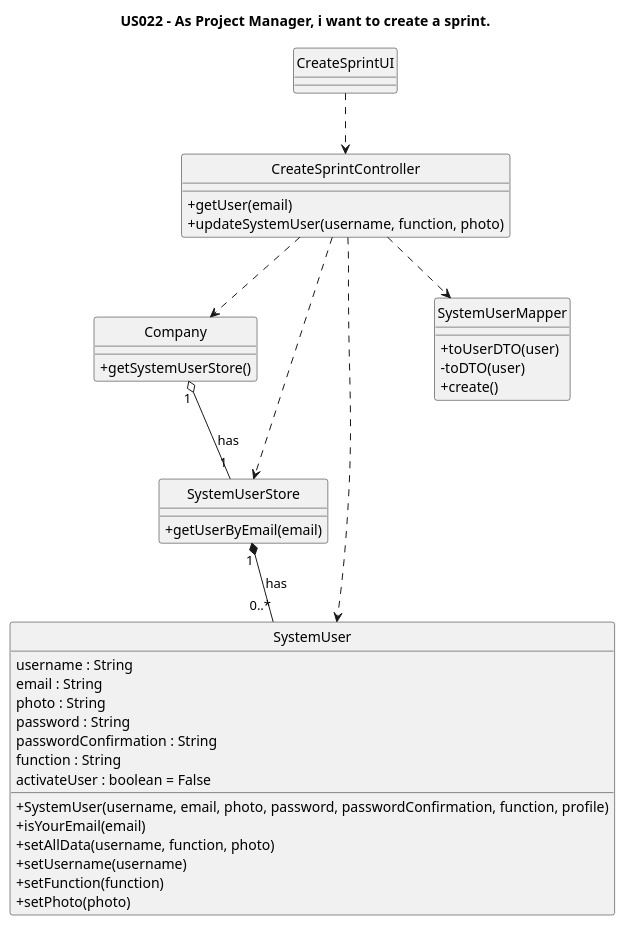
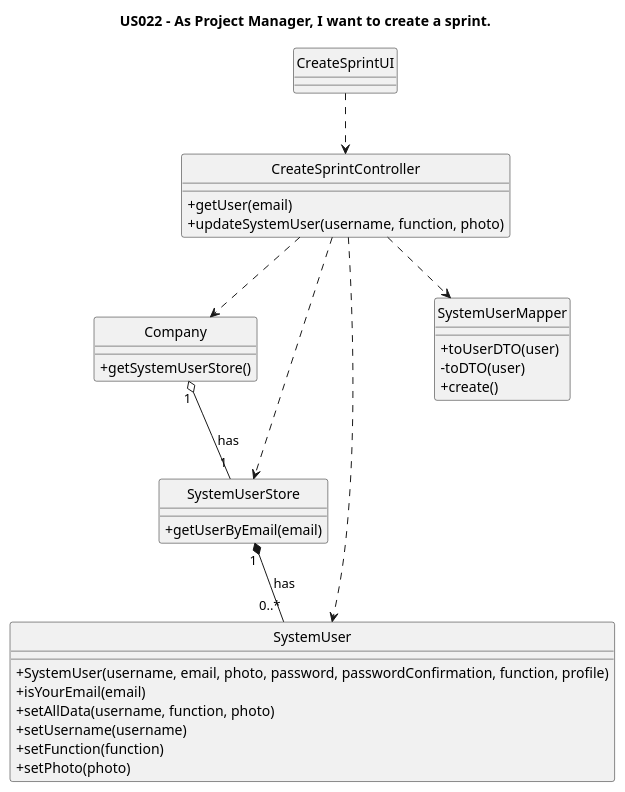
One commit to nunogon1211787/projectManagement changed the diagram in docs/Sprint2/US022/US022-CD.puml. Above: the diagram before and after it, drawn with PlantUML. The commit also changed 7 other files, not shown here.

```diff
--- a/docs/Sprint2/US022/US022-CD.puml
+++ b/docs/Sprint2/US022/US022-CD.puml
@@ -1,62 +1,54 @@
 @startuml
-'https://plantuml.com/class-diagram
 
 hide circle
 skinparam classAttributeIconSize 0
 
-title US022 - As Project Manager, i want to create a sprint.
+title US022 - As Project Manager, I want to create a sprint.
 
 class CreateSprintUI {
 }
 
 class CreateSprintController {
 +getUser(email)
 +updateSystemUser(username, function, photo)
 }
 
 class Company {
 +getSystemUserStore()
 }
 
 class SystemUserStore {
 +getUserByEmail(email)
 }
 
 
 class SystemUser {
-username : String
-email : String
-photo : String
-password : String
-passwordConfirmation : String
-function : String
-activateUser : boolean = False
 +SystemUser(username, email, photo, password, passwordConfirmation, function, profile)
 +isYourEmail(email)
 +setAllData(username, function, photo)
 +setUsername(username)
 +setFunction(function)
 +setPhoto(photo)
 }
 
 
 class SystemUserMapper {
 +toUserDTO(user)
 -toDTO(user)
 +create()
 }
 
 
 CreateSprintUI ..> CreateSprintController
 
 CreateSprintController ..> Company
 CreateSprintController ..> SystemUserStore
 CreateSprintController ..> SystemUser
 CreateSprintController ..> SystemUserMapper
 
 
 Company "1" o-- "1" SystemUserStore: has
 SystemUserStore "1" *-- "0..*" SystemUser: has
 
 
 @enduml
```
